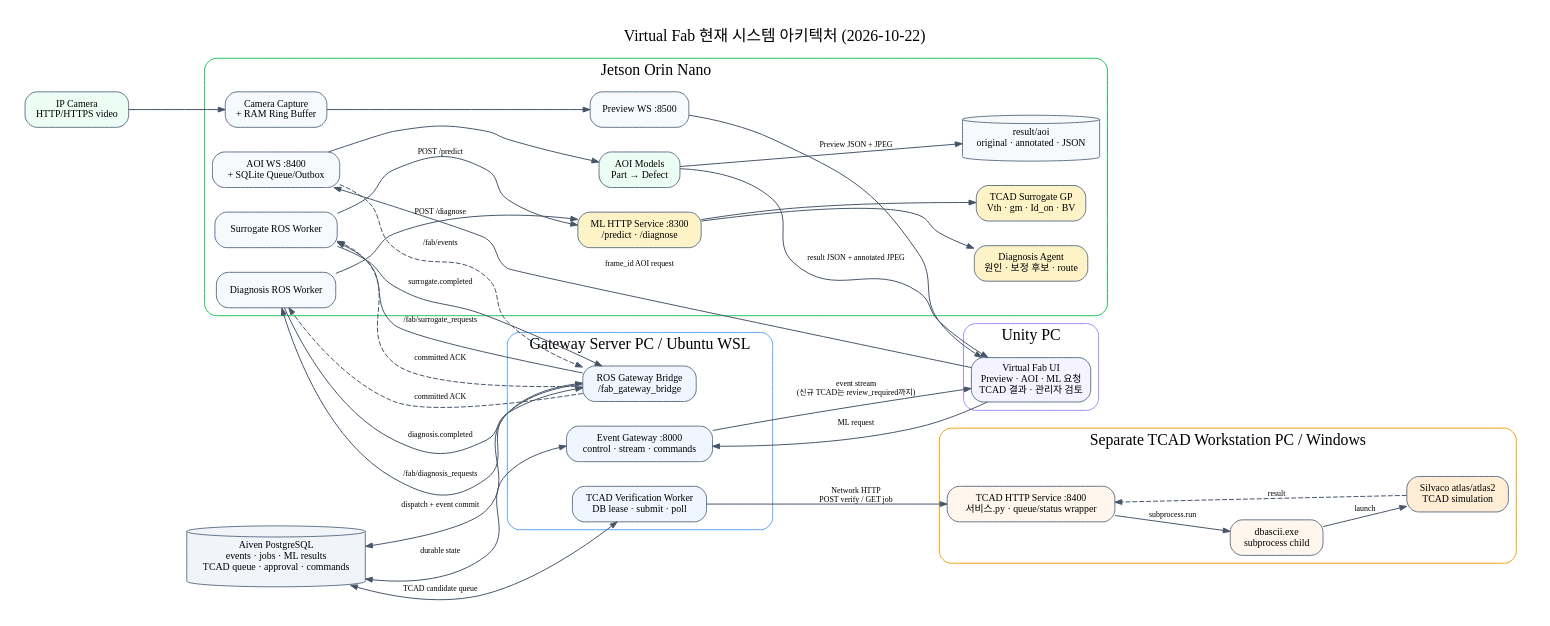
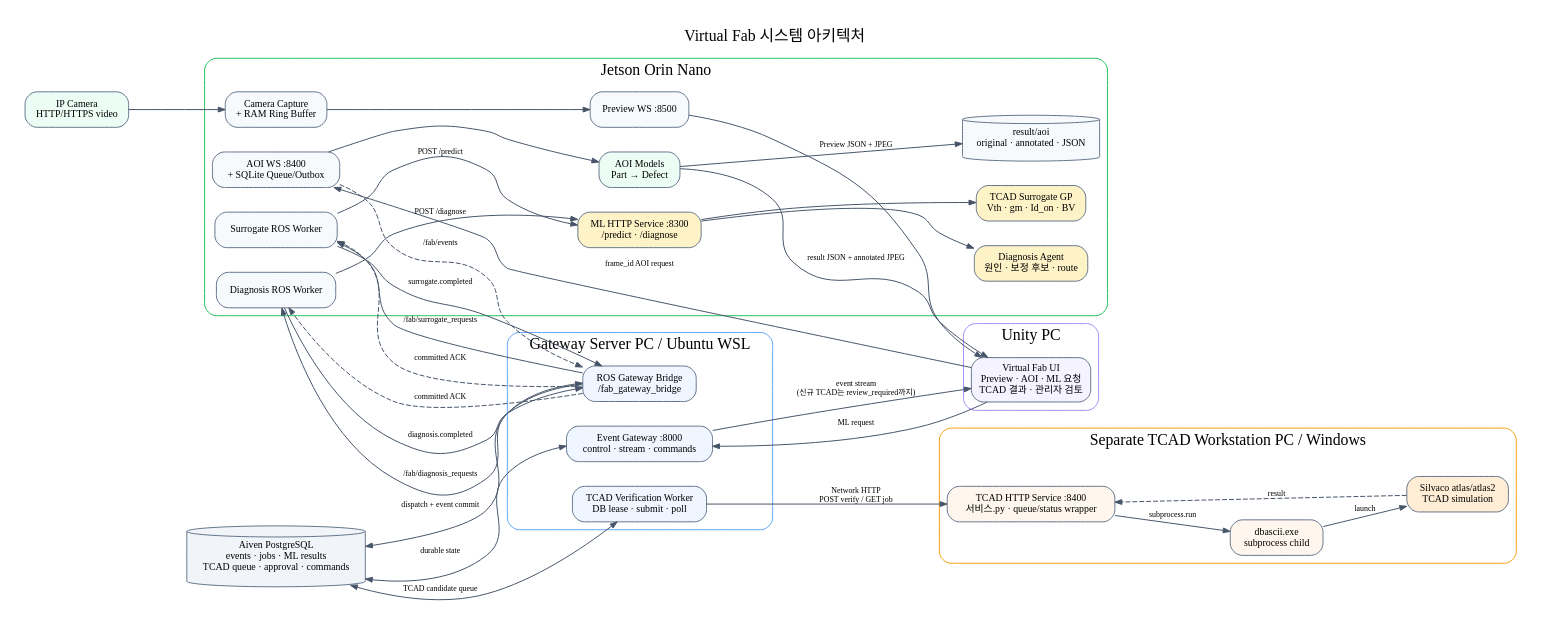
The diagram in docs/architecture/assets/current-system-architecture.dot (ann-star20/posco-team4), drawn with Graphviz before and after one commit. The commit also changed 5 other files, not shown here.

```diff
--- a/docs/architecture/assets/current-system-architecture.dot
+++ b/docs/architecture/assets/current-system-architecture.dot
@@ -1,68 +1,68 @@
 digraph VirtualFab {
   graph [rankdir=LR, bgcolor="white", pad=0.25, nodesep=0.35, ranksep=0.8,
          fontname="Malgun Gothic", fontsize=16, labelloc=t,
-         label="Virtual Fab 현재 시스템 아키텍처 (2026-10-22)"];
+         label="Virtual Fab 시스템 아키텍처"];
   node [shape=box, style="rounded,filled", fillcolor="#F7FAFC", color="#64748B",
         fontname="Malgun Gothic", fontsize=10, margin="0.12,0.08"];
   edge [color="#475569", fontname="Malgun Gothic", fontsize=8, arrowsize=0.7];
 
   camera [label="IP Camera\nHTTP/HTTPS video", fillcolor="#ECFDF5"];
   subgraph cluster_unity {
     label="Unity PC"; color="#A78BFA"; style="rounded";
     unity [label="Virtual Fab UI\nPreview · AOI · ML 요청\nTCAD 결과 · 관리자 검토", fillcolor="#F5F3FF"];
   }
   subgraph cluster_jetson {
     label="Jetson Orin Nano"; color="#22C55E"; style="rounded";
     capture [label="Camera Capture\n+ RAM Ring Buffer"];
     preview [label="Preview WS :8500"];
     aoiws [label="AOI WS :8400\n+ SQLite Queue/Outbox"];
     aoi [label="AOI Models\nPart → Defect", fillcolor="#ECFDF5"];
     files [shape=cylinder, label="result/aoi\noriginal · annotated · JSON"];
     sw [label="Surrogate ROS Worker"];
     dw [label="Diagnosis ROS Worker"];
     mlapi [label="ML HTTP Service :8300\n/predict · /diagnose", fillcolor="#FEF3C7"];
     sm [label="TCAD Surrogate GP\nVth · gm · Id_on · BV", fillcolor="#FEF3C7"];
     da [label="Diagnosis Agent\n원인 · 보정 후보 · route", fillcolor="#FEF3C7"];
   }
   subgraph cluster_wsl {
     label="Gateway Server PC / Ubuntu WSL"; color="#60A5FA"; style="rounded";
     gateway [label="Event Gateway :8000\ncontrol · stream · commands", fillcolor="#EFF6FF"];
     ros [label="ROS Gateway Bridge\n/fab_gateway_bridge", fillcolor="#EFF6FF"];
     verify [label="TCAD Verification Worker\nDB lease · submit · poll", fillcolor="#EFF6FF"];
   }
   subgraph cluster_windows {
     label="Separate TCAD Workstation PC / Windows"; color="#F59E0B"; style="rounded";
     thttp [label="TCAD HTTP Service :8400\n서비스.py · queue/status wrapper", fillcolor="#FFF7ED"];
     dbascii [label="dbascii.exe\nsubprocess child", fillcolor="#FFF7ED"];
     atlas [label="Silvaco atlas/atlas2\nTCAD simulation", fillcolor="#FFEDD5"];
   }
   pg [shape=cylinder, label="Aiven PostgreSQL\nevents · jobs · ML results\nTCAD queue · approval · commands", fillcolor="#F1F5F9"];
 
   camera -> capture;
   capture -> preview;
   preview -> unity [label="Preview JSON + JPEG"];
   unity -> aoiws [label="frame_id AOI request"];
   aoiws -> aoi;
   aoi -> files;
   aoi -> unity [label="result JSON + annotated JPEG"];
   aoiws -> ros [label="/fab/events", style=dashed];
   unity -> gateway [label="ML request"];
   gateway -> unity [label="event stream\n(신규 TCAD는 review_required까지)"];
   gateway -> pg [dir=both, label="durable state"];
   pg -> ros [dir=both, label="dispatch + event commit"];
   ros -> sw [label="/fab/surrogate_requests"];
   ros -> dw [label="/fab/diagnosis_requests"];
   sw -> mlapi [label="POST /predict"];
   dw -> mlapi [label="POST /diagnose"];
   mlapi -> sm;
   mlapi -> da;
   sw -> ros [label="surrogate.completed"];
   dw -> ros [label="diagnosis.completed"];
   ros -> sw [label="committed ACK", style=dashed];
   ros -> dw [label="committed ACK", style=dashed];
   pg -> verify [dir=both, label="TCAD candidate queue"];
   verify -> thttp [label="Network HTTP\nPOST verify / GET job"];
   thttp -> dbascii [label="subprocess.run"];
   dbascii -> atlas [label="launch"];
   atlas -> thttp [label="result", style=dashed];
 }
```
